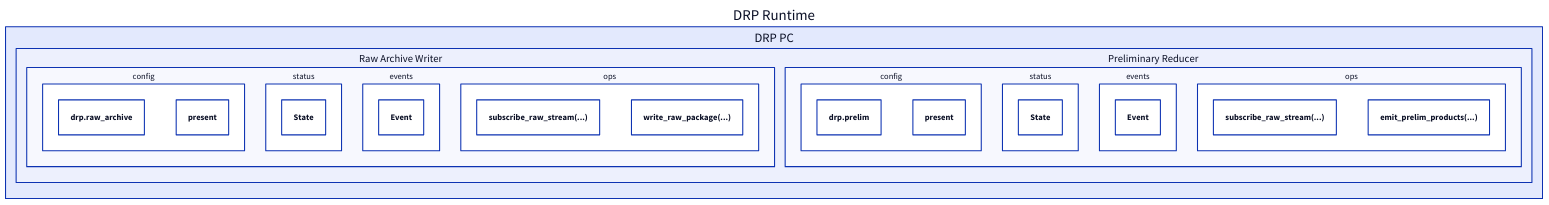
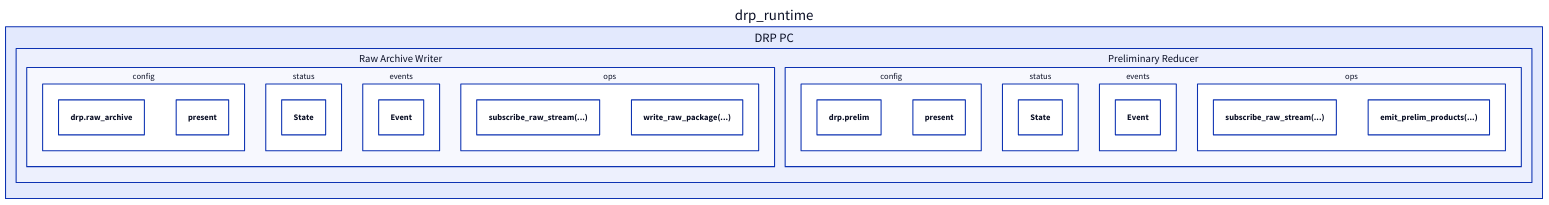
One commit to baileyji/zshooter_d2 changed the diagram in entities/drp.d2. Above: the diagram before and after it, drawn with D2. The commit also changed 14 other files, not shown here.

```diff
--- a/entities/drp.d2
+++ b/entities/drp.d2
@@ -1,60 +1,58 @@
 drp_runtime: {
-  class: instrument_container
-  label: DRP Runtime
   drp_pc: {
     class: computer_host_container
     label: DRP PC
     raw_archive_writer: {
       class: daemon_card_container
       label: Raw Archive Writer
       config: {
         class: config_section_block
         label: config
         "main.yaml": drp.raw_archive
         "logger.yaml": present
       }
       status: {
         class: status_section_block
         label: status
         "archive_state": State
       }
       events: {
         class: event_section_block
         label: events
         "archive_write_complete": Event
       }
       ops: {
         class: ops_section_block
         label: ops
         "subscribe_raw_stream(...)"
         "write_raw_package(...)"
       }
     }
     prelim_reducer: {
       class: daemon_card_container
       label: Preliminary Reducer
       config: {
         class: config_section_block
         label: config
         "main.yaml": drp.prelim
         "logger.yaml": present
       }
       status: {
         class: status_section_block
         label: status
         "reduce_state": State
       }
       events: {
         class: event_section_block
         label: events
         "prelim_products_ready": Event
       }
       ops: {
         class: ops_section_block
         label: ops
         "subscribe_raw_stream(...)"
         "emit_prelim_products(...)"
       }
     }
   }
 }
```
